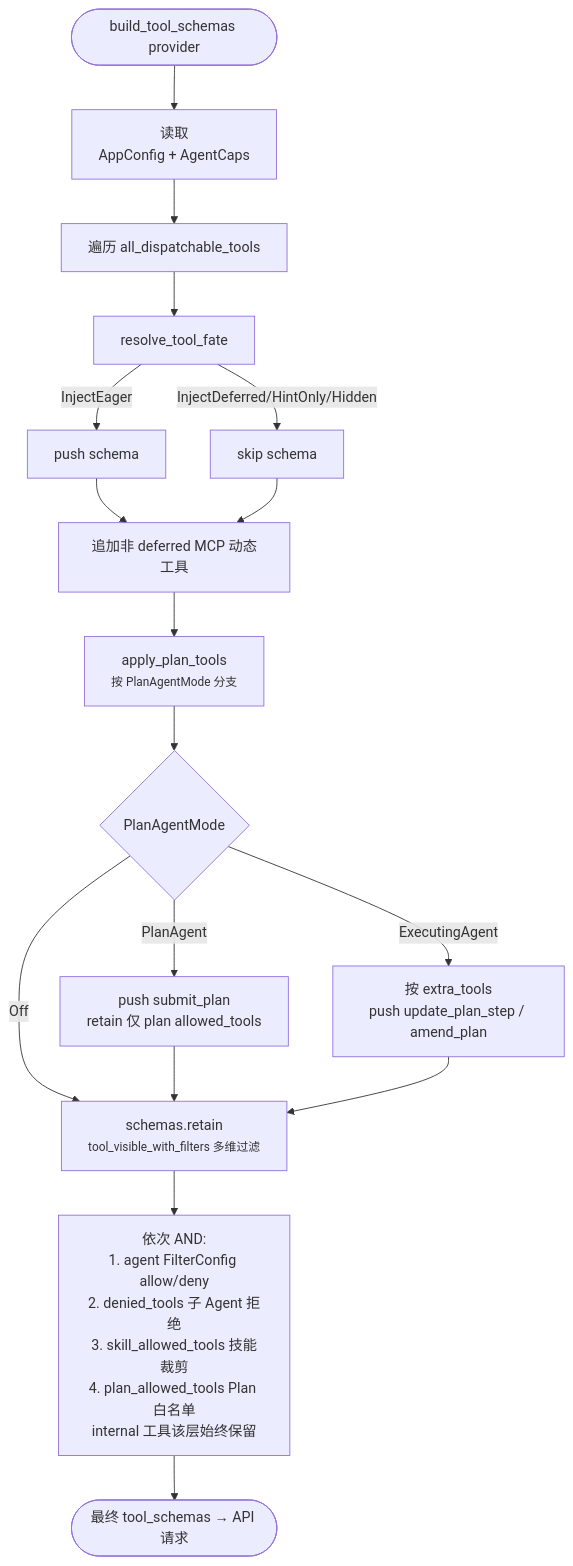
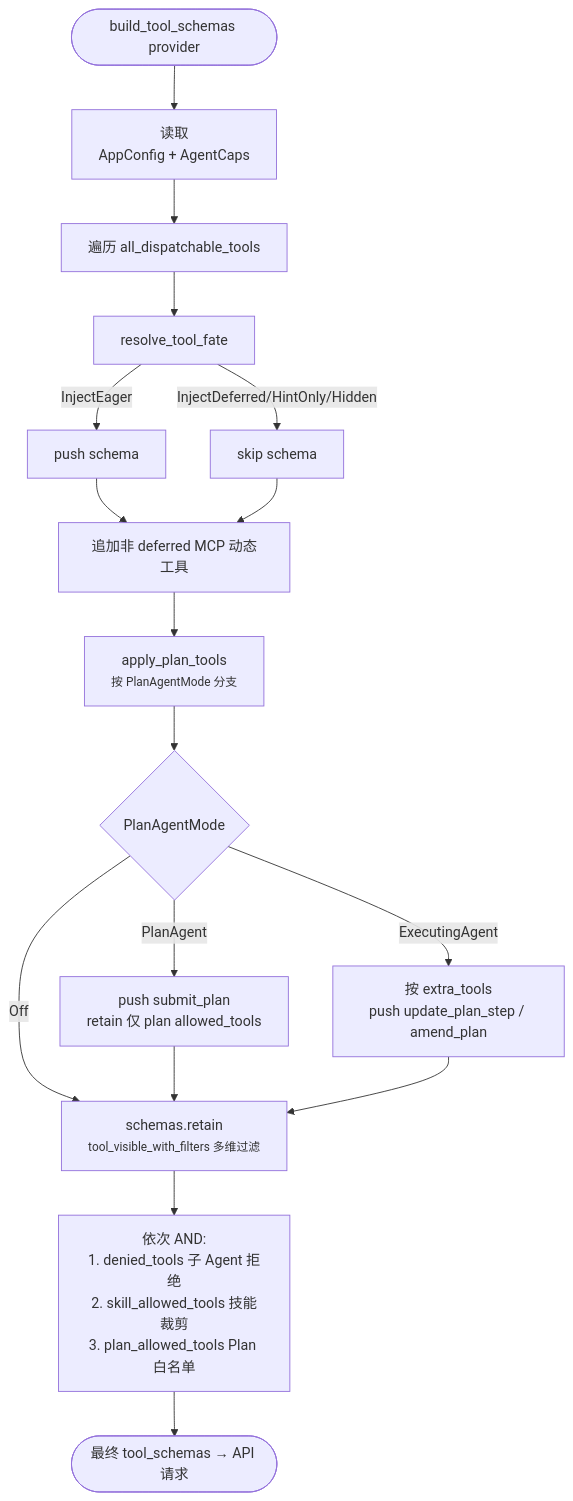
The second of 12 diagrams in docs/architecture/tool-system.md (shiwenwen/hope-agent), drawn with Mermaid before and after one commit. The commit also changed other lines of this file and 28 other files, not shown here.

Commit message:
🦭 Simplify agent tool switches

````diff
--- a/docs/architecture/tool-system.md
+++ b/docs/architecture/tool-system.md
@@ -342,22 +342,22 @@
 ```mermaid
 flowchart TD
     Start([build_tool_schemas provider]) --> Ctx[读取<br/>AppConfig + AgentCaps]
     Ctx --> Loop[遍历 all_dispatchable_tools]
     Loop --> Fate[resolve_tool_fate]
     Fate -- InjectEager --> Push[push schema]
     Fate -- InjectDeferred/HintOnly/Hidden --> Skip[skip schema]
     Push --> Mcp
     Skip --> Mcp
     Mcp[追加非 deferred MCP 动态工具] --> Plan["apply_plan_tools<br/><small>按 PlanAgentMode 分支</small>"]
     Plan --> PlanBranch{PlanAgentMode}
     PlanBranch -- "Off" --> Filter
     PlanBranch -- "PlanAgent" --> PA["push submit_plan<br/>retain 仅 plan allowed_tools"]
     PlanBranch -- "ExecutingAgent" --> EA["按 extra_tools<br/>push update_plan_step / amend_plan"]
     PA --> Filter
     EA --> Filter
 
-    Filter["schemas.retain<br/><small>tool_visible_with_filters 多维过滤</small>"] --> FD[依次 AND:<br/>1. agent FilterConfig allow/deny<br/>2. denied_tools 子 Agent 拒绝<br/>3. skill_allowed_tools 技能裁剪<br/>4. plan_allowed_tools Plan 白名单<br/>internal 工具该层始终保留]
+    Filter["schemas.retain<br/><small>tool_visible_with_filters 多维过滤</small>"] --> FD[依次 AND:<br/>1. denied_tools 子 Agent 拒绝<br/>2. skill_allowed_tools 技能裁剪<br/>3. plan_allowed_tools Plan 白名单]
 
     FD --> Done([最终 tool_schemas → API 请求])
 
 ```
````
